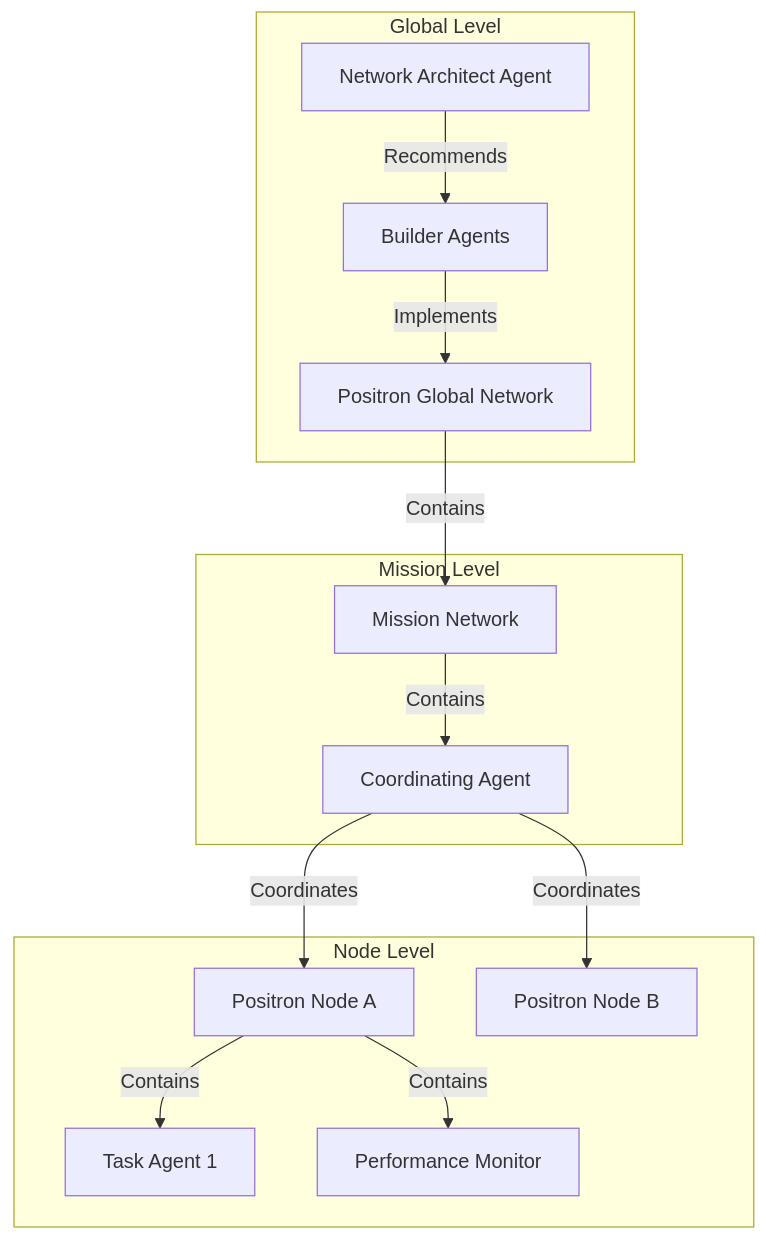
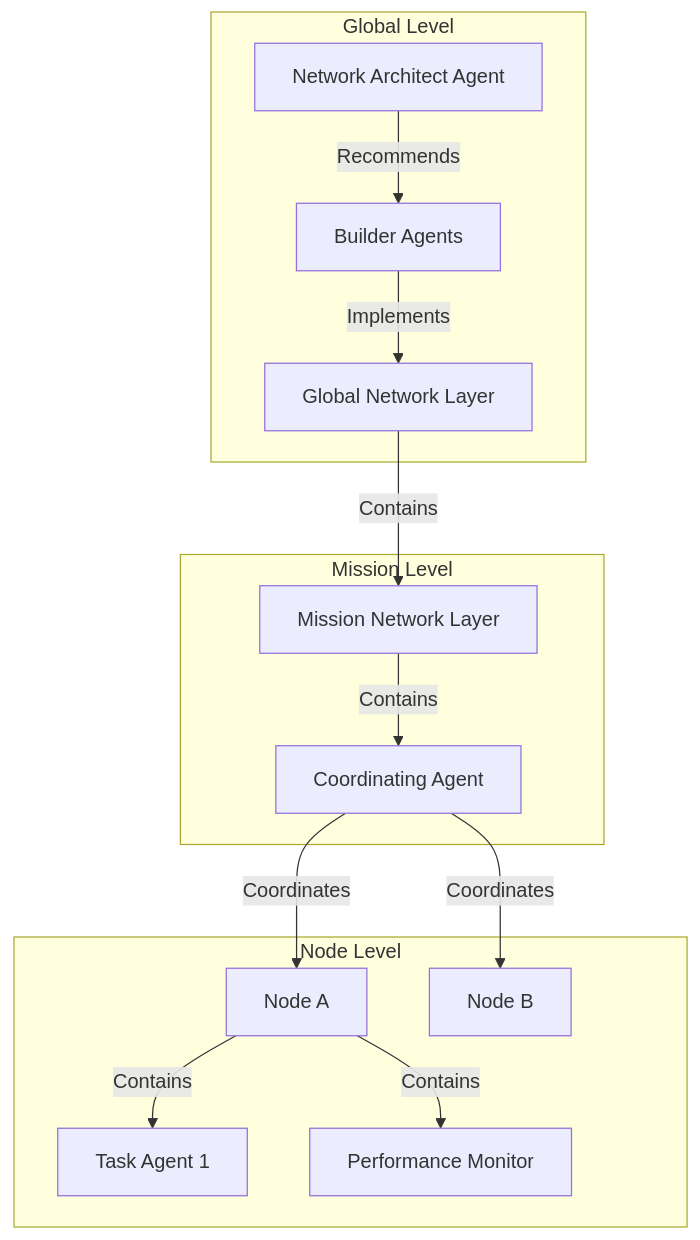
The diagram in brain/book/solution/positron.qmd (mikepsinn/disease-eradication-plan), drawn with Mermaid before and after one commit. The commit also changed other lines of this file, not shown here.

First line of the commit message:
Revise 'positron.qmd' to clarify the role of AI in disease coordination

````diff
--- a/brain/book/solution/positron.qmd
+++ b/brain/book/solution/positron.qmd
@@ -37,30 +36,30 @@
 ```{mermaid}
 graph TD
-    PN[Positron Global Network]
+    PN[Global Network Layer]
     NAA[Network Architect Agent]
     BA[Builder Agents]
-    MN[Mission Network]
+    MN[Mission Network Layer]
     CA[Coordinating Agent]
-    PN1[Positron Node A]
-    PN2[Positron Node B]
+    PN1[Node A]
+    PN2[Node B]
     TA1[Task Agent 1]
     PMA1[Performance Monitor]
 
     subgraph Global Level
         NAA -- Recommends --> BA
         BA -- Implements --> PN
     end
 
     subgraph Mission Level
         PN -- Contains --> MN
         MN -- Contains --> CA
     end
-    
+
     subgraph Node Level
         CA -- Coordinates --> PN1
         CA -- Coordinates --> PN2
         PN1 -- Contains --> TA1
         PN1 -- Contains --> PMA1
     end
 
 ```
````
